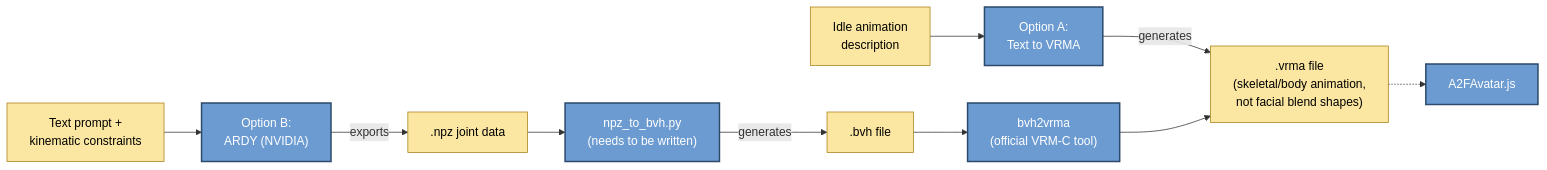
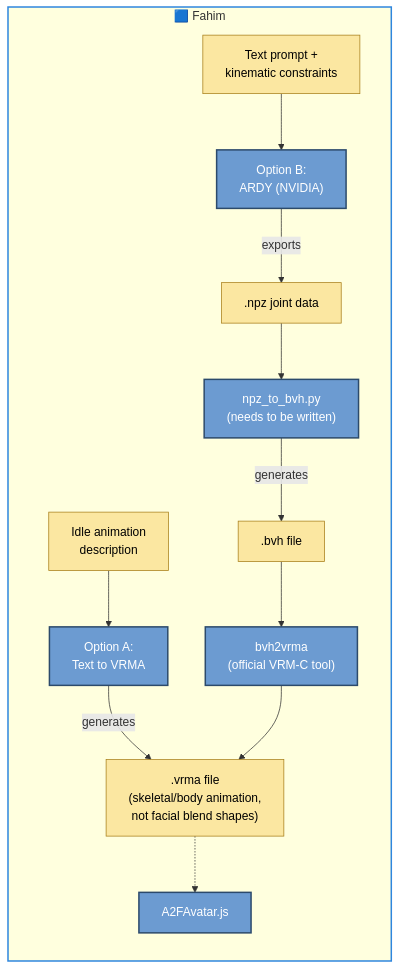
The eighth of 8 diagrams in docs/TECH_PIPELINE.md (SBU-VRET/VRET-Project), drawn with Mermaid before and after one commit. The commit also changed other lines of this file and 2 other files, not shown here.

Commit message:
Add ownership coloring to tech pipeline diagrams, ignore temp/, add Audio2Face vs LAM Audio2Expression doc

````diff
--- a/docs/TECH_PIPELINE.md
+++ b/docs/TECH_PIPELINE.md
@@ -155,13 +237,16 @@
 ```mermaid
 flowchart LR
+    subgraph S7["🟦 Fahim"]
     IdleDesc["Idle animation<br/>description"] --> TextToVRMA["Option A:<br/>Text to VRMA"] -->|generates| VRMAFile[".vrma file<br/>(skeletal/body animation,<br/>not facial blend shapes)"]
     Prompt["Text prompt +<br/>kinematic constraints"] --> ARDY["Option B:<br/>ARDY (NVIDIA)"] -->|exports| NPZ[".npz joint data"]
     NPZ --> NPZtoBVH["npz_to_bvh.py<br/>(needs to be written)"] -->|generates| BVH[".bvh file"]
     BVH --> BVH2VRMA["bvh2vrma<br/>(official VRM-C tool)"] --> VRMAFile
     VRMAFile -.-> A2FAvatar["A2FAvatar.js"]
+    end
 
+    style S7 stroke:#2E86DE,stroke-width:2px
     classDef tool fill:#6c9bd1,stroke:#2c4a6b,stroke-width:2px,color:#fff;
     classDef artifact fill:#fbe7a1,stroke:#a87f1a,stroke-width:1px,color:#000;
     class TextToVRMA,ARDY,NPZtoBVH,BVH2VRMA,A2FAvatar tool
     class IdleDesc,VRMAFile,Prompt,NPZ,BVH artifact
 ```
````
